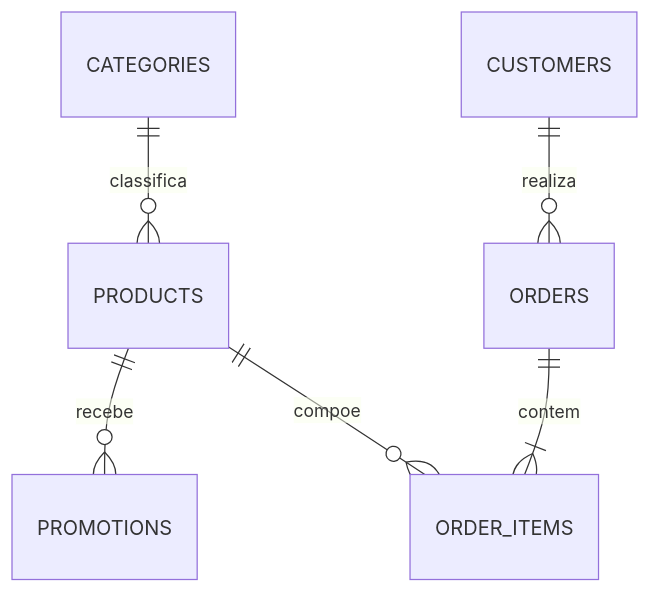
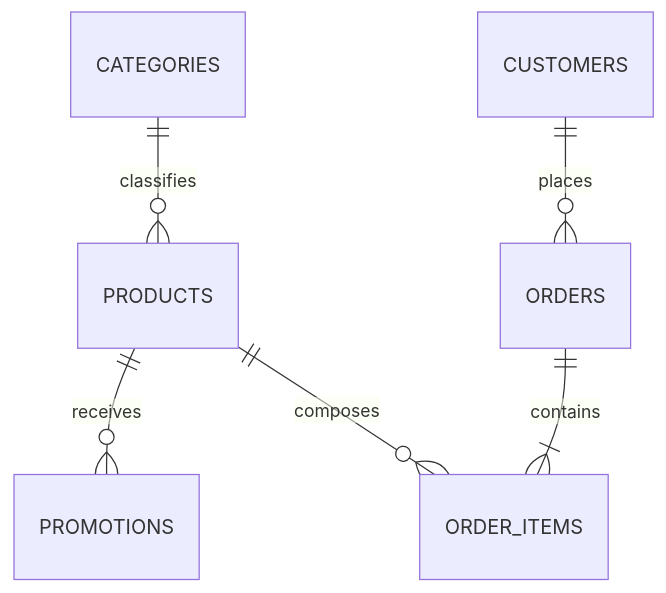
The diagram in docs/03-data.md (luanfreitas8779/emporio-agente-atendimento), drawn with Mermaid before and after one commit. The commit also changed other lines of this file, not shown here.

````diff
--- a/docs/03-data.md
+++ b/docs/03-data.md
@@ -19,8 +19,8 @@
 ```mermaid
 erDiagram
-    CATEGORIES ||--o{ PRODUCTS : classifica
-    PRODUCTS ||--o{ PROMOTIONS : recebe
-    CUSTOMERS ||--o{ ORDERS : realiza
-    ORDERS ||--|{ ORDER_ITEMS : contem
-    PRODUCTS ||--o{ ORDER_ITEMS : compoe
+    CATEGORIES ||--o{ PRODUCTS : classifies
+    PRODUCTS ||--o{ PROMOTIONS : receives
+    CUSTOMERS ||--o{ ORDERS : places
+    ORDERS ||--|{ ORDER_ITEMS : contains
+    PRODUCTS ||--o{ ORDER_ITEMS : composes
 ```
````
